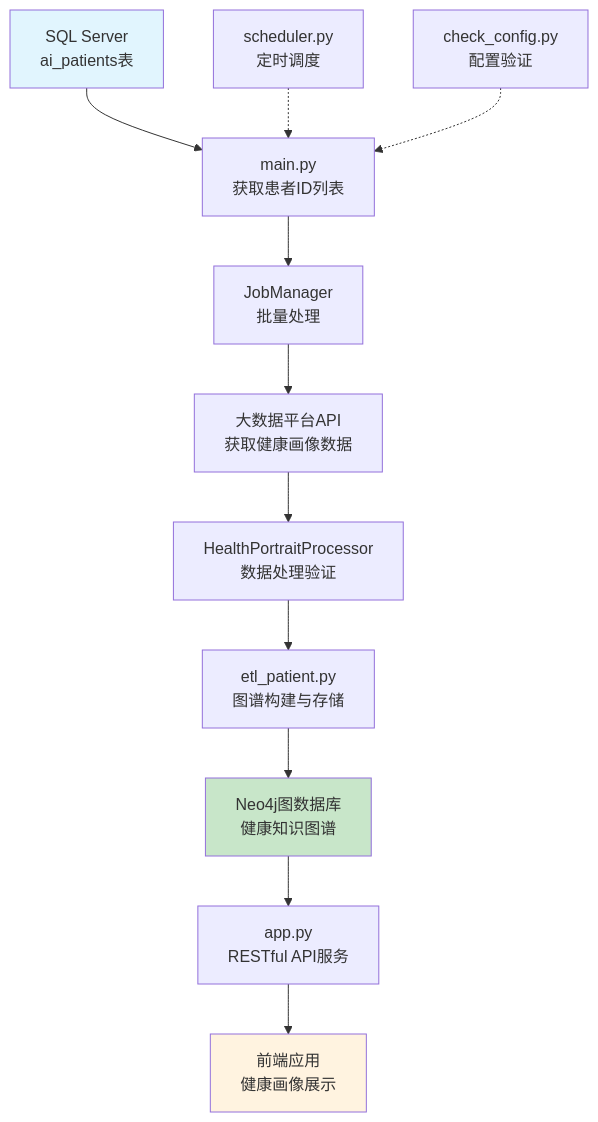
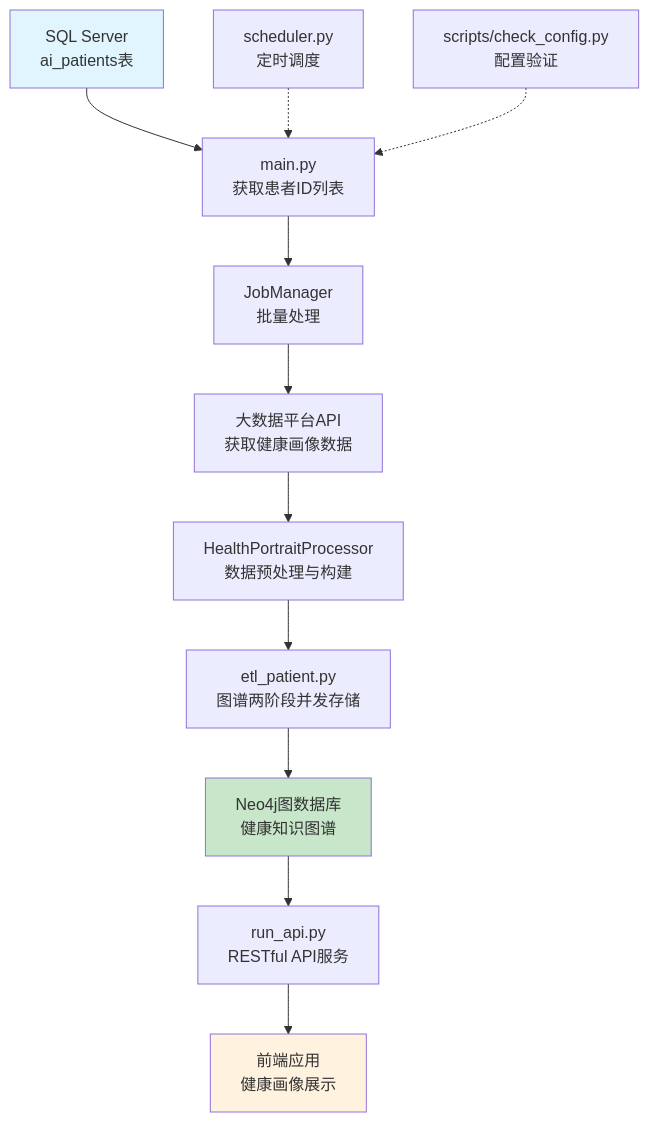
One commit to cxblovedd/etl_neo4j_health_portrait changed the diagram in README.md. Above: the diagram before and after it, drawn with Mermaid. The commit also changed other lines of this file and 31 other files, not shown here.

````diff
--- a/README.md
+++ b/README.md
@@ -45,18 +45,18 @@
 ```mermaid
 graph TD
     A[SQL Server<br/>ai_patients表] --> B[main.py<br/>获取患者ID列表]
     B --> C[JobManager<br/>批量处理]
     C --> D[大数据平台API<br/>获取健康画像数据]
-    D --> E[HealthPortraitProcessor<br/>数据处理验证]
-    E --> F[etl_patient.py<br/>图谱构建与存储]
+    D --> E[HealthPortraitProcessor<br/>数据预处理与构建]
+    E --> F[etl_patient.py<br/>图谱两阶段并发存储]
     F --> G[Neo4j图数据库<br/>健康知识图谱]
-    G --> H[app.py<br/>RESTful API服务]
+    G --> H[run_api.py<br/>RESTful API服务]
     H --> I[前端应用<br/>健康画像展示]
     
     J[scheduler.py<br/>定时调度] -.-> B
-    K[check_config.py<br/>配置验证] -.-> B
+    K[scripts/check_config.py<br/>配置验证] -.-> B
     
     style A fill:#e1f5fe
     style G fill:#c8e6c9
     style I fill:#fff3e0
 ```
````
